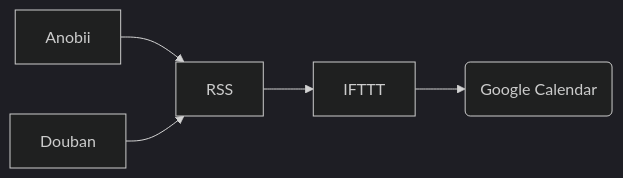
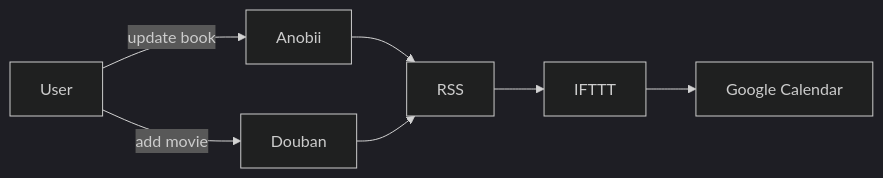
One commit to gasolin/blog changed the fourth of 6 diagrams in source/_posts/personal-automation-in-2017.md. Above: the diagram before and after it, drawn with Mermaid (dark theme). The commit also changed other lines of this file, not shown here.

```diff
--- a/source/_posts/personal-automation-in-2017.md
+++ b/source/_posts/personal-automation-in-2017.md
@@ -64,7 +75,9 @@
 {% mermaid %}
 graph LR
+User -- update book --> Anobii
+User -- add movie --> Douban
 Anobii --> RSS
 Douban --> RSS
 RSS --> IFTTT
-IFTTT --> gcal(Google Calendar)
+IFTTT --> gcal[Google Calendar]
 {% endmermaid %}
```
